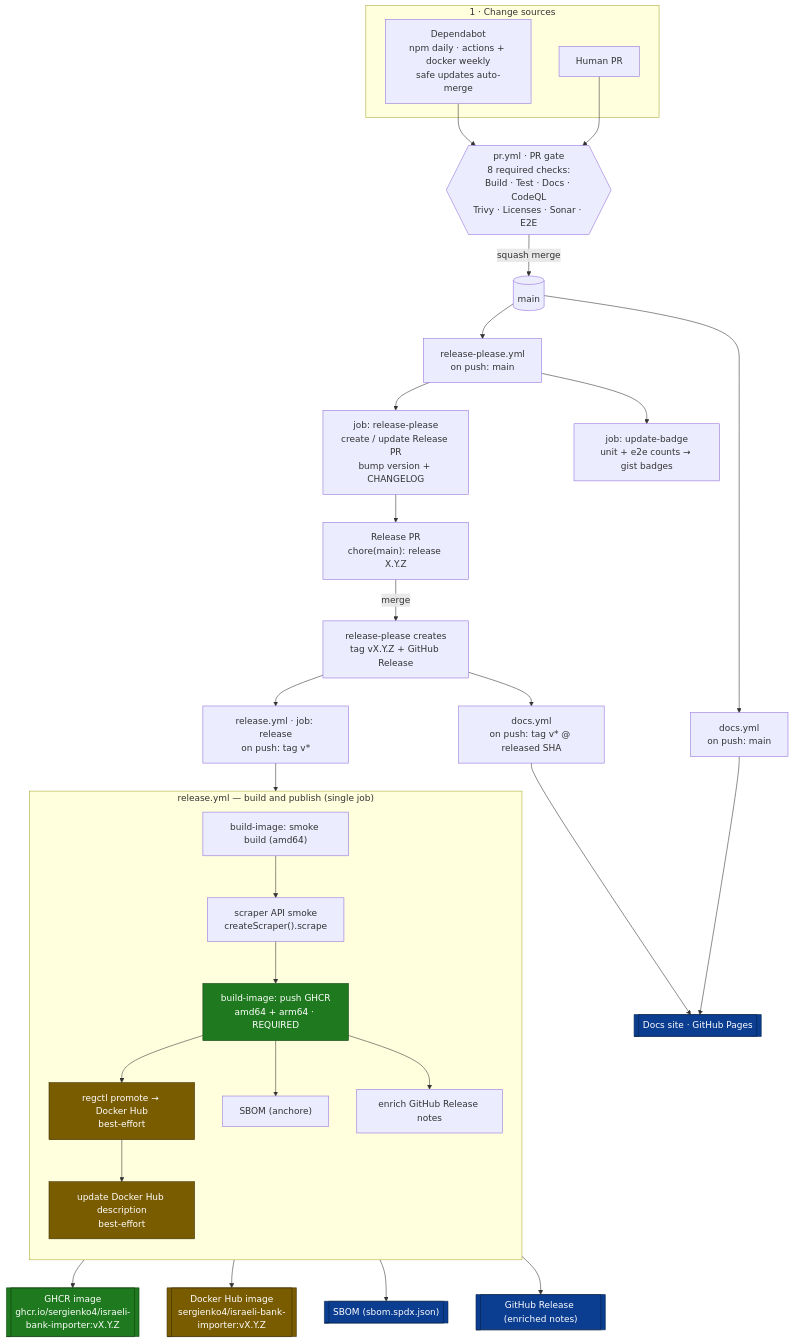
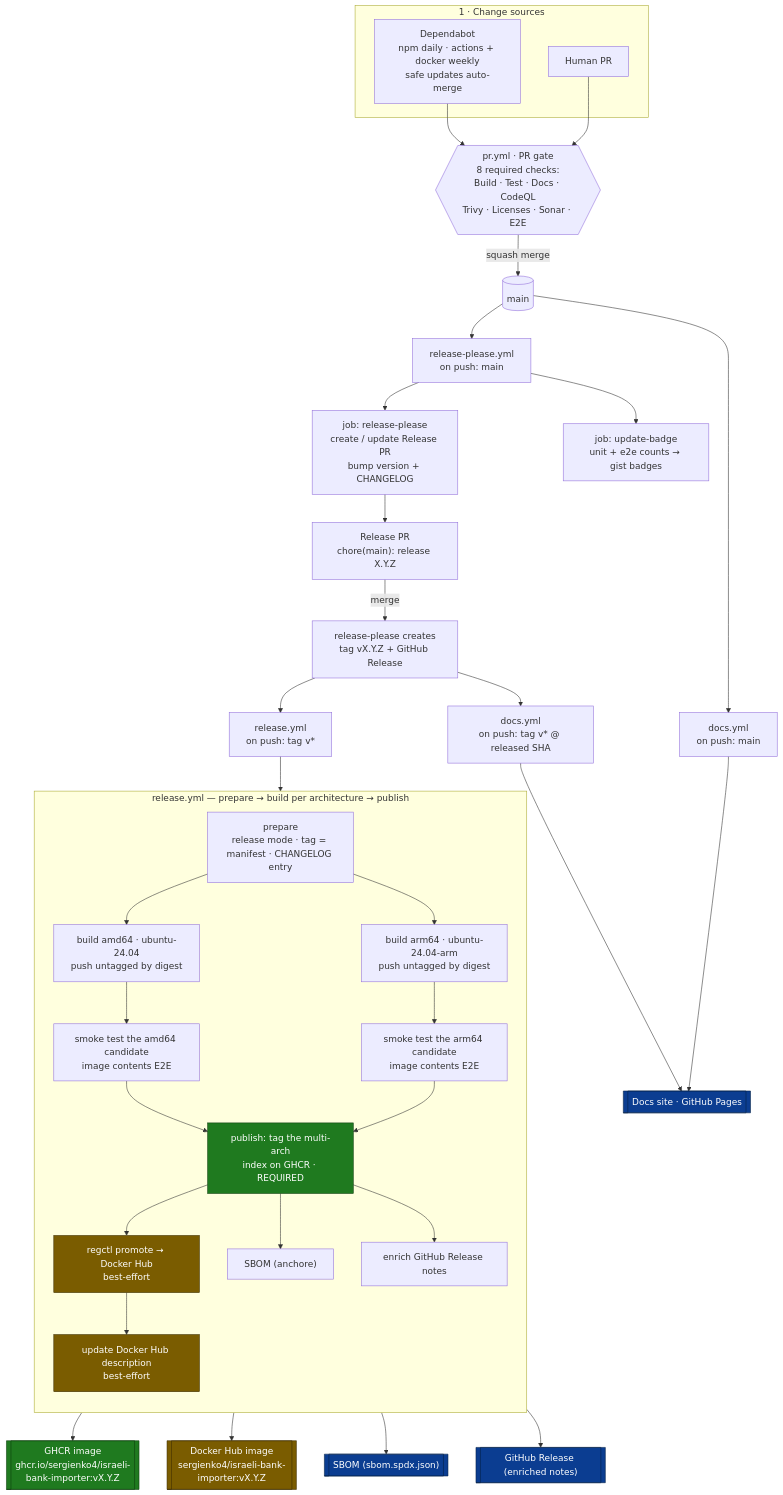
The first of 2 diagrams in docs/architecture/release-pipeline.md (sergienko4/israeli-bank-scrapers-to-actual-budget), drawn with Mermaid before and after one commit. The commit also changed other lines of this file and 17 other files, not shown here.

First line of the commit message:
feat: faster native release and a smaller image (#792)

````diff
--- a/docs/architecture/release-pipeline.md
+++ b/docs/architecture/release-pipeline.md
@@ -20,54 +20,59 @@
 ```mermaid
 flowchart TD
     %% ---------- 1 · change sources ----------
     subgraph S1["1 · Change sources"]
       DB["Dependabot<br/>npm daily · actions + docker weekly<br/>safe updates auto-merge"]
       HUM["Human PR"]
     end
 
     %% ---------- 2 · PR gate ----------
     PR{{"pr.yml · PR gate<br/>8 required checks:<br/>Build · Test · Docs · CodeQL<br/>Trivy · Licenses · Sonar · E2E"}}
     DB --> PR
     HUM --> PR
     PR -->|squash merge| MAIN[("main")]
 
     %% ---------- 3 · on push to main ----------
     MAIN --> RP["release-please.yml<br/>on push: main"]
     MAIN --> DOCS1["docs.yml<br/>on push: main"]
     RP --> RPJOB["job: release-please<br/>create / update Release PR<br/>bump version + CHANGELOG"]
     RP --> BADGE["job: update-badge<br/>unit + e2e counts → gist badges"]
 
     %% ---------- 4 · cut the release ----------
     RPJOB --> RELPR["Release PR<br/>chore(main): release X.Y.Z"]
     RELPR -->|merge| TAG["release-please creates<br/>tag vX.Y.Z + GitHub Release"]
 
     %% ---------- 5 · tag-triggered deploy ----------
-    TAG --> REL["release.yml · job: release<br/>on push: tag v*"]
+    TAG --> REL["release.yml<br/>on push: tag v*"]
     TAG --> DOCS2["docs.yml<br/>on push: tag v* @ released SHA"]
 
-    subgraph S5["release.yml — build and publish (single job)"]
+    subgraph S5["release.yml — prepare → build per architecture → publish"]
       direction TB
-      B1["build-image: smoke build (amd64)"] --> B2["scraper API smoke<br/>createScraper().scrape"]
-      B2 --> B3["build-image: push GHCR<br/>amd64 + arm64 · REQUIRED"]
+      B0["prepare<br/>release mode · tag = manifest · CHANGELOG entry"]
+      B0 --> B1A["build amd64 · ubuntu-24.04<br/>push untagged by digest"]
+      B0 --> B1R["build arm64 · ubuntu-24.04-arm<br/>push untagged by digest"]
+      B1A --> B2A["smoke test the amd64 candidate<br/>image contents E2E"]
+      B1R --> B2R["smoke test the arm64 candidate<br/>image contents E2E"]
+      B2A --> B3["publish: tag the multi-arch<br/>index on GHCR · REQUIRED"]
+      B2R --> B3
       B3 --> B4["regctl promote → Docker Hub<br/>best-effort"]
       B3 --> B5["SBOM (anchore)"]
       B3 --> B6["enrich GitHub Release notes"]
       B4 --> B7["update Docker Hub description<br/>best-effort"]
     end
-    REL --> B1
+    REL --> B0
 
     %% ---------- 6 · outputs ----------
     B3 --> O1[["GHCR image<br/>ghcr.io/sergienko4/israeli-bank-importer:vX.Y.Z"]]
     B4 --> O2[["Docker Hub image<br/>sergienko4/israeli-bank-importer:vX.Y.Z"]]
     B5 --> O3[["SBOM (sbom.spdx.json)"]]
     B6 --> O4[["GitHub Release (enriched notes)"]]
     DOCS1 --> O5[["Docs site · GitHub Pages"]]
     DOCS2 --> O5
 
     classDef req fill:#1f7a1f,stroke:#0d3d0d,color:#fff;
     classDef best fill:#7a5c00,stroke:#3d2e00,color:#fff;
     classDef out fill:#0b3d91,stroke:#052247,color:#fff;
     class B3,O1 req;
     class B4,B7,O2 best;
     class O3,O4,O5 out;
 ```
````
